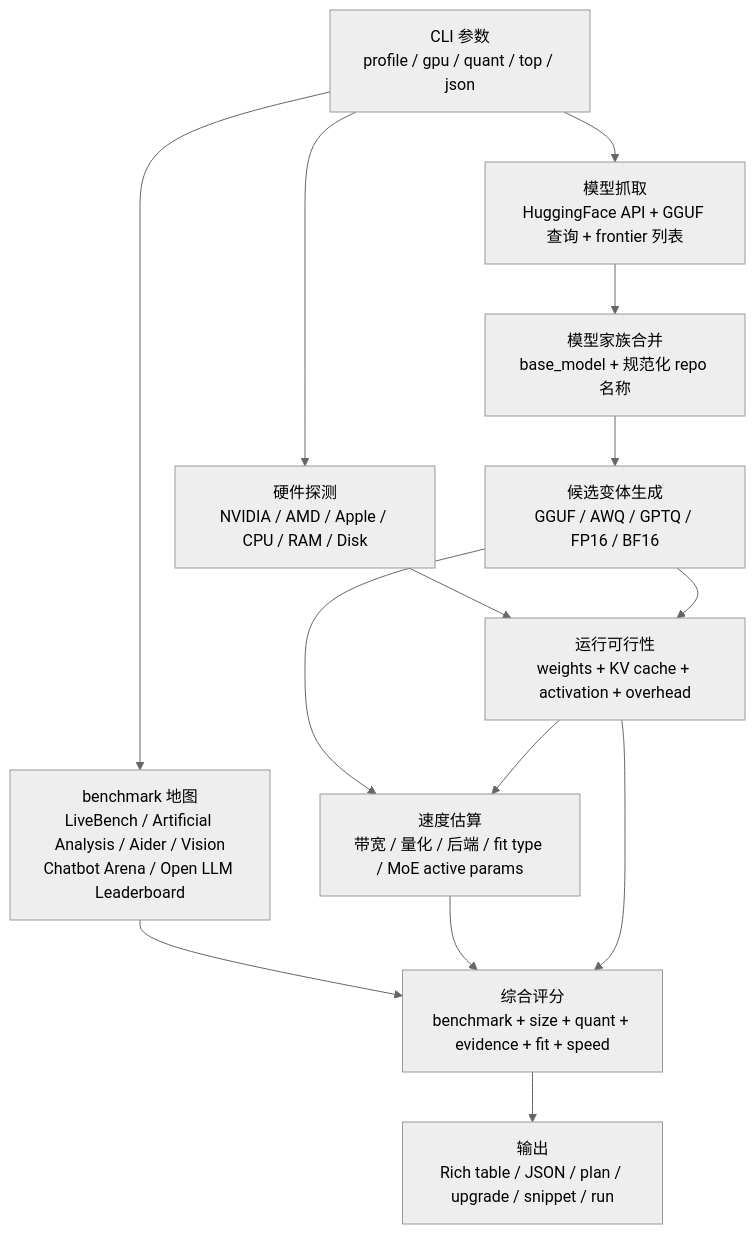
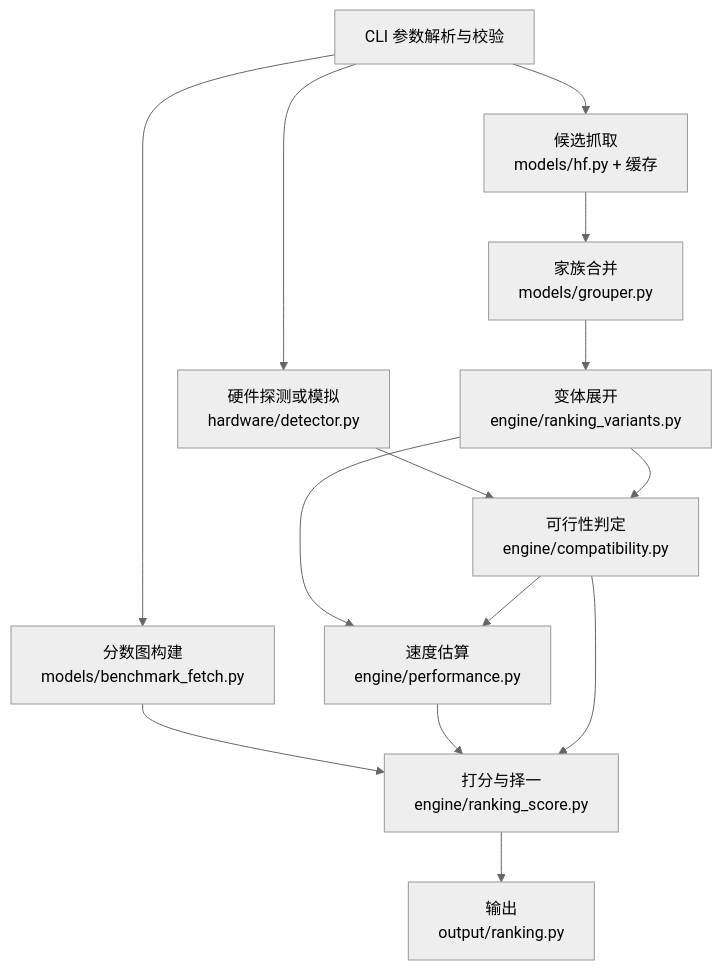
Before and after one commit to A1pha3/text-matrix: the diagram in content/posts/tech/whichllm-local-llm-recommender-guide.md, drawn with Mermaid (neutral theme). The commit also changed other lines of this file and 227 other files, not shown here.

````diff
--- a/content/posts/tech/whichllm-local-llm-recommender-guide.md
+++ b/content/posts/tech/whichllm-local-llm-recommender-guide.md
@@ -66,21 +67,20 @@
 ```mermaid
 flowchart TD
-    CLI["CLI 参数<br/>profile / gpu / quant / top / json"]
-    HW["硬件探测<br/>NVIDIA / AMD / Apple / CPU / RAM / Disk"]
-    HF["模型抓取<br/>HuggingFace API + GGUF 查询 + frontier 列表"]
-    BM["benchmark 地图<br/>LiveBench / Artificial Analysis / Aider / Vision<br/>Chatbot Arena / Open LLM Leaderboard"]
-    GROUP["模型家族合并<br/>base_model + 规范化 repo 名称"]
-    VAR["候选变体生成<br/>GGUF / AWQ / GPTQ / FP16 / BF16"]
-    FIT["运行可行性<br/>weights + KV cache + activation + overhead"]
-    SPEED["速度估算<br/>带宽 / 量化 / 后端 / fit type / MoE active params"]
-    RANK["综合评分<br/>benchmark + size + quant + evidence + fit + speed"]
-    OUT["输出<br/>Rich table / JSON / plan / upgrade / snippet / run"]
+    CLI["CLI 参数解析与校验"]
+    HW["硬件探测或模拟<br/>hardware/detector.py"]
+    HF["候选抓取<br/>models/hf.py + 缓存"]
+    BM["分数图构建<br/>models/benchmark_fetch.py"]
+    GR["家族合并<br/>models/grouper.py"]
+    VA["变体展开<br/>engine/ranking_variants.py"]
+    CO["可行性判定<br/>engine/compatibility.py"]
+    PF["速度估算<br/>engine/performance.py"]
+    RK["打分与择一<br/>engine/ranking_score.py"]
+    OU["输出<br/>output/ranking.py"]
 
-    CLI --> HW --> FIT
-    CLI --> HF --> GROUP --> VAR --> FIT
-    CLI --> BM --> RANK
-    VAR --> SPEED --> RANK
-    FIT --> SPEED
-    FIT --> RANK
-    RANK --> OUT
+    CLI --> HW --> CO
+    CLI --> HF --> GR --> VA --> CO
+    CLI --> BM --> RK
+    VA --> PF
+    CO --> PF --> RK
+    CO --> RK --> OU
 ```
````
